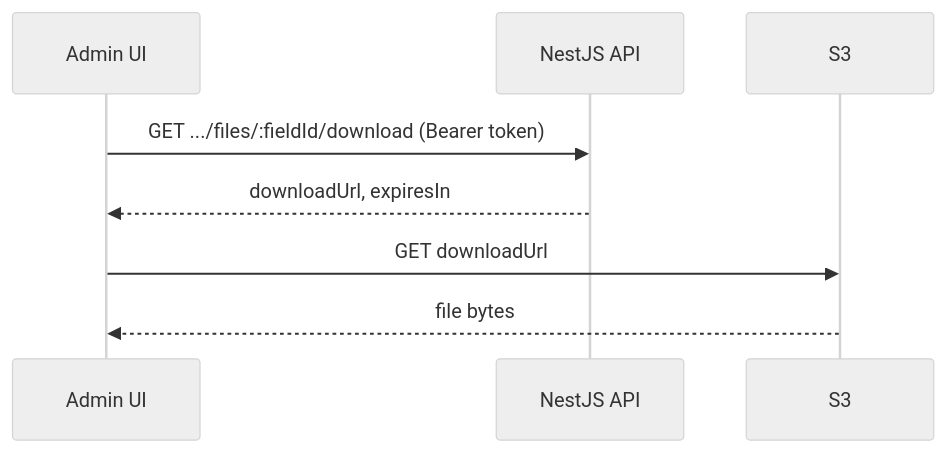
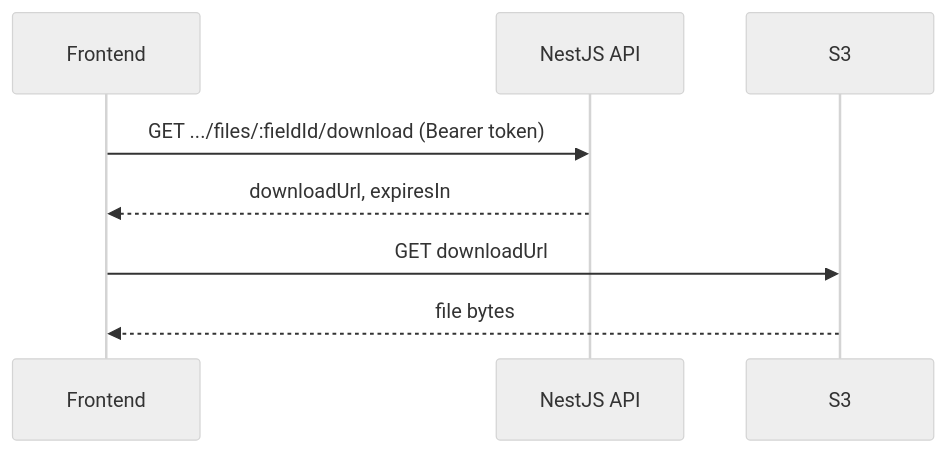
The second of 2 diagrams in docs/frontend-api-reference.md (kenildonga/Referral-system), drawn with Mermaid (neutral theme) before and after one commit. The commit also changed other lines of this file and 7 other files, not shown here.

````diff
--- a/docs/frontend-api-reference.md
+++ b/docs/frontend-api-reference.md
@@ -634,11 +708,11 @@
 ```mermaid
 sequenceDiagram
-  participant Admin as Admin UI
+  participant UI as Frontend
   participant API as NestJS API
   participant S3 as S3
 
-  Admin->>API: GET .../files/:fieldId/download (Bearer token)
-  API-->>Admin: downloadUrl, expiresIn
-  Admin->>S3: GET downloadUrl
-  S3-->>Admin: file bytes
+  UI->>API: GET .../files/:fieldId/download (Bearer token)
+  API-->>UI: downloadUrl, expiresIn
+  UI->>S3: GET downloadUrl
+  S3-->>UI: file bytes
 ```
````
